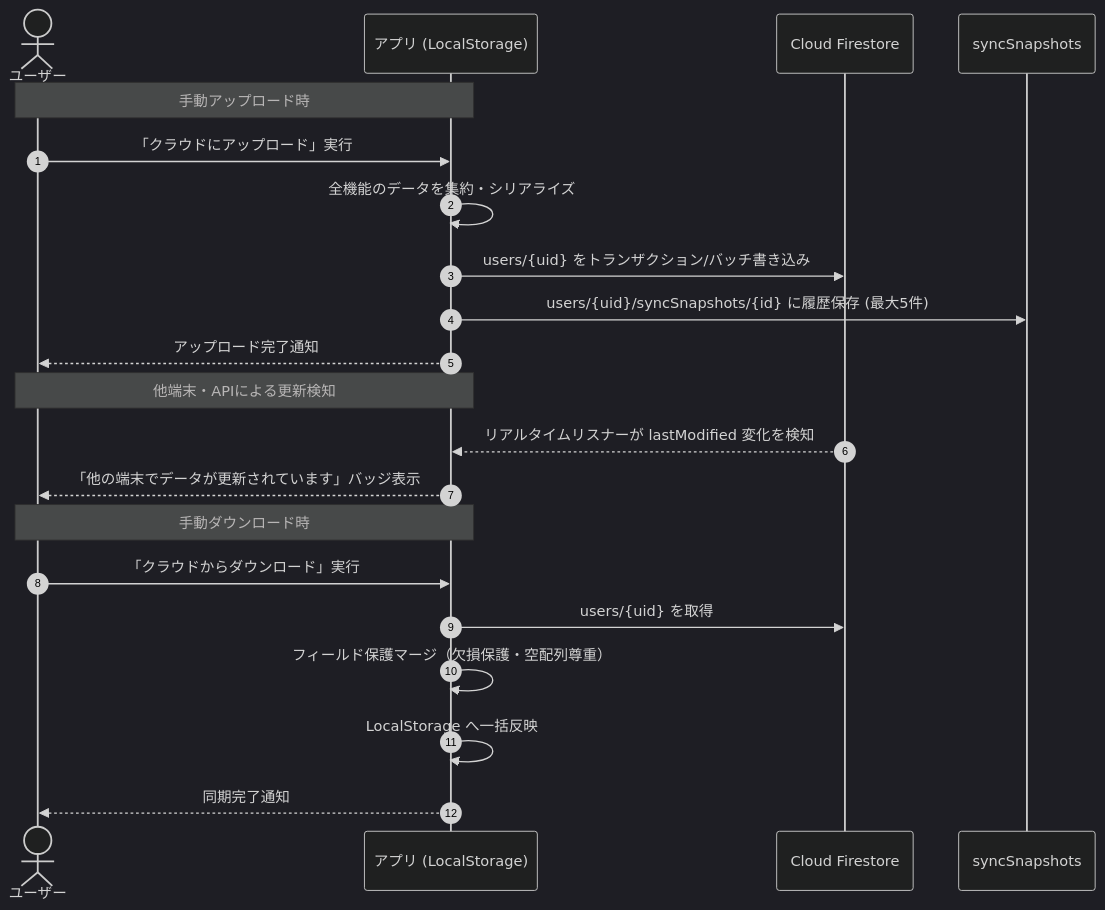
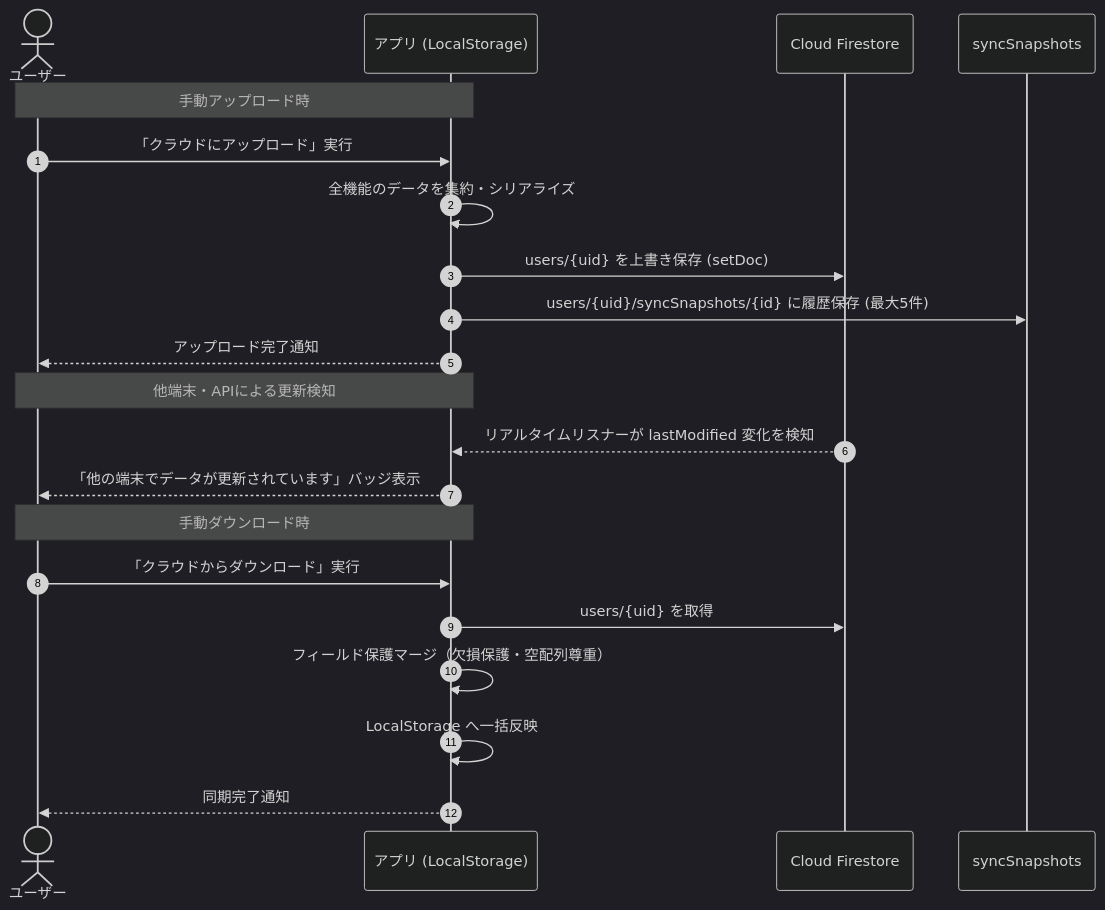
One commit to poteto317/daily-routine changed the second of 3 diagrams in docs/02-development/architecture.md. Above: the diagram before and after it, drawn with Mermaid (dark theme). The commit also changed other lines of this file and 7 other files, not shown here.

````diff
--- a/docs/02-development/architecture.md
+++ b/docs/02-development/architecture.md
@@ -57,26 +57,26 @@
 ```mermaid
 sequenceDiagram
   autonumber
   actor User as ユーザー
   participant Client as アプリ (LocalStorage)
   participant FS as Cloud Firestore
   participant Snap as syncSnapshots
 
   Note over User,Client: 手動アップロード時
   User->>Client: 「クラウドにアップロード」実行
   Client->>Client: 全機能のデータを集約・シリアライズ
-  Client->>FS: users/{uid} をトランザクション/バッチ書き込み
+  Client->>FS: users/{uid} を上書き保存 (setDoc)
   Client->>Snap: users/{uid}/syncSnapshots/{id} に履歴保存 (最大5件)
   Client-->>User: アップロード完了通知
 
   Note over User,Client: 他端末・APIによる更新検知
   FS-->>Client: リアルタイムリスナーが lastModified 変化を検知
   Client-->>User: 「他の端末でデータが更新されています」バッジ表示
 
   Note over User,Client: 手動ダウンロード時
   User->>Client: 「クラウドからダウンロード」実行
   Client->>FS: users/{uid} を取得
   Client->>Client: フィールド保護マージ（欠損保護・空配列尊重）
   Client->>Client: LocalStorage へ一括反映
   Client-->>User: 同期完了通知
 ```
````
